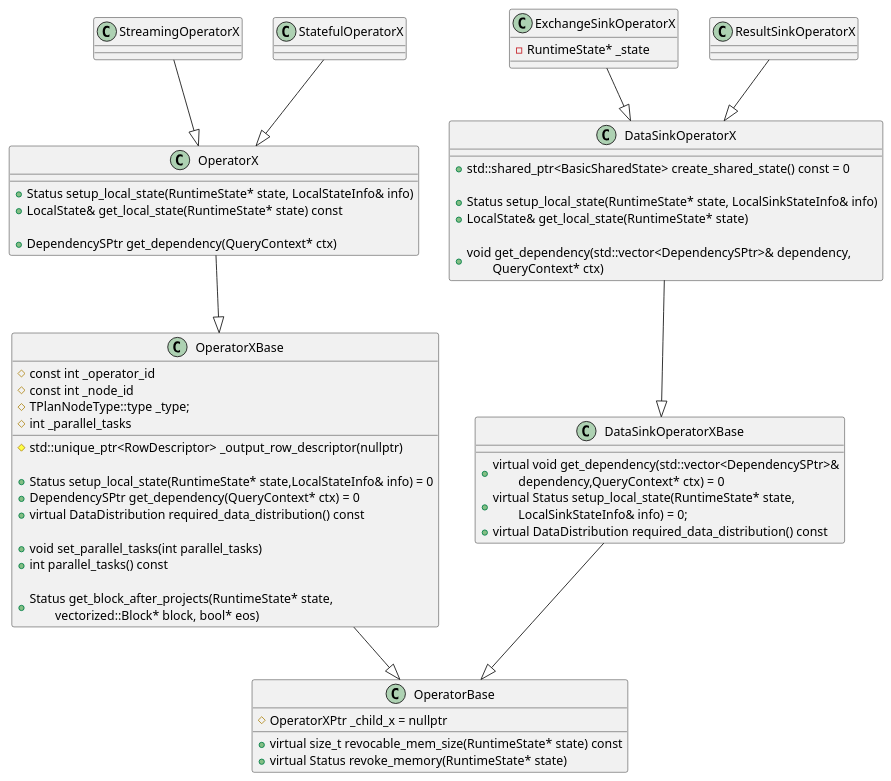
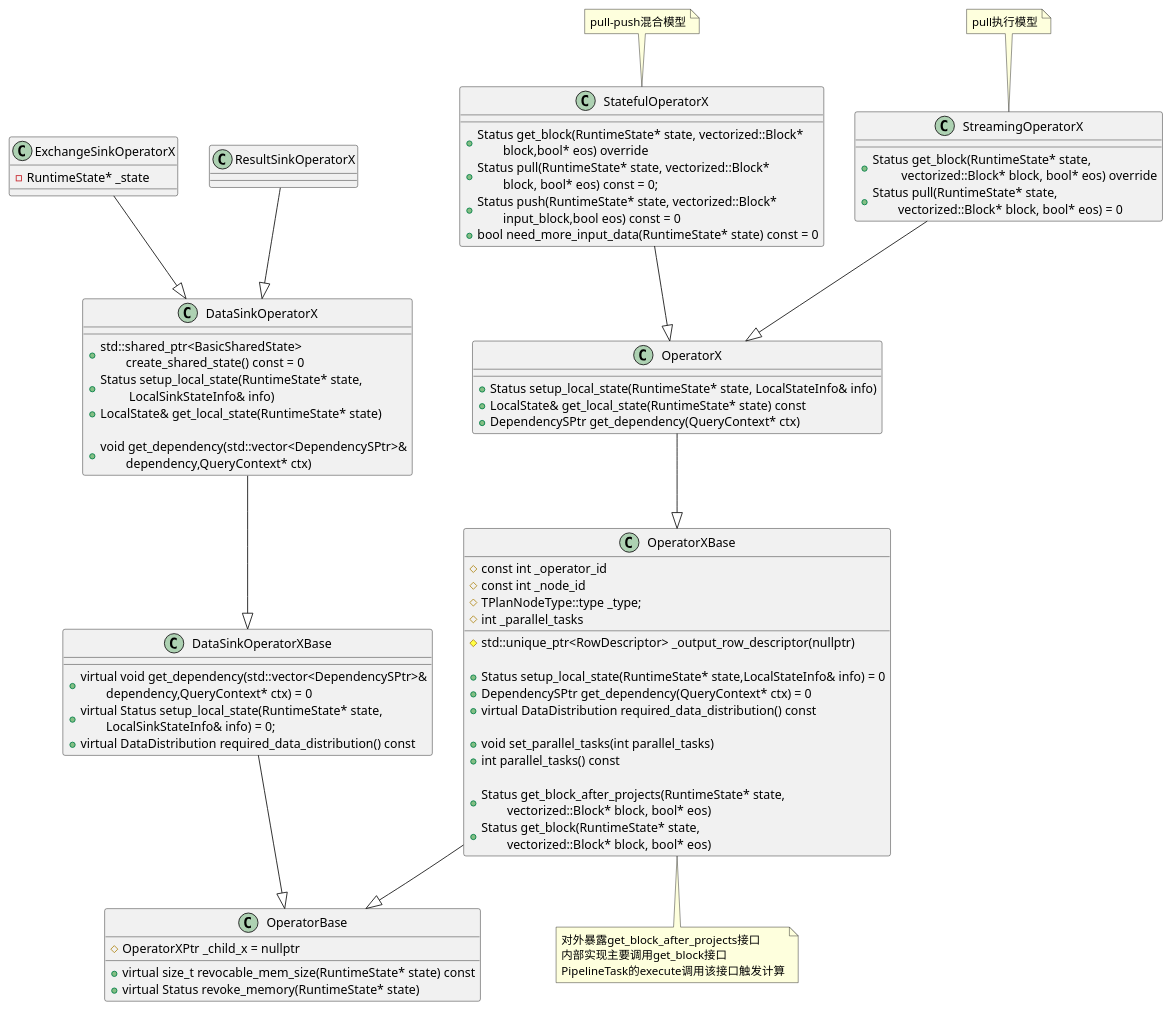
The second of 8 diagrams in doc/DB/Doris/SourceRead/13_04_Exec_OperatorX.md (DepInjoy/geektime), drawn with PlantUML before and after one commit. The commit also changed other lines of this file and 1 other file, not shown here.

````diff
--- a/doc/DB/Doris/SourceRead/13_04_Exec_OperatorX.md
+++ b/doc/DB/Doris/SourceRead/13_04_Exec_OperatorX.md
@@ -6,72 +15,78 @@
 ```plantuml
 @startuml
 class StreamingOperatorX {
-
+    + Status get_block(RuntimeState* state,\n\t vectorized::Block* block, bool* eos) override
+    + Status pull(RuntimeState* state,\n\tvectorized::Block* block, bool* eos) = 0
 }
+note top : pull执行模型
 
 class StatefulOperatorX {
-
+    + Status get_block(RuntimeState* state, vectorized::Block*\n\tblock,bool* eos) override
+    + Status pull(RuntimeState* state, vectorized::Block*\n\tblock, bool* eos) const = 0;
+    + Status push(RuntimeState* state, vectorized::Block*\n\tinput_block,bool eos) const = 0
+    + bool need_more_input_data(RuntimeState* state) const = 0
 }
+note top : pull-push混合模型 
 
 class OperatorX {
     + Status setup_local_state(RuntimeState* state, LocalStateInfo& info)
     + LocalState& get_local_state(RuntimeState* state) const
-
     + DependencySPtr get_dependency(QueryContext* ctx)
 }
 
 class OperatorXBase {
     # const int _operator_id
     # const int _node_id
     # TPlanNodeType::type _type;
     # int _parallel_tasks
     # std::unique_ptr<RowDescriptor> _output_row_descriptor(nullptr)
 
     + Status setup_local_state(RuntimeState* state,LocalStateInfo& info) = 0
     + DependencySPtr get_dependency(QueryContext* ctx) = 0
     + virtual DataDistribution required_data_distribution() const
 
     + void set_parallel_tasks(int parallel_tasks)
     + int parallel_tasks() const
 
     + Status get_block_after_projects(RuntimeState* state,\n\tvectorized::Block* block, bool* eos)
+    + Status get_block(RuntimeState* state,\n\tvectorized::Block* block, bool* eos)
 }
+note bottom : 对外暴露get_block_after_projects接口\n内部实现主要调用get_block接口\nPipelineTask的execute调用该接口触发计算
 
 class OperatorBase {
     # OperatorXPtr _child_x = nullptr
 
     + virtual size_t revocable_mem_size(RuntimeState* state) const
     + virtual Status revoke_memory(RuntimeState* state)
 }
 
 class ExchangeSinkOperatorX {
     - RuntimeState* _state
 }
 
 class DataSinkOperatorX {
-    + std::shared_ptr<BasicSharedState> create_shared_state() const = 0
-
-    + Status setup_local_state(RuntimeState* state, LocalSinkStateInfo& info)
+    + std::shared_ptr<BasicSharedState>\n\tcreate_shared_state() const = 0
+    + Status setup_local_state(RuntimeState* state,\n\t LocalSinkStateInfo& info)
     + LocalState& get_local_state(RuntimeState* state)
 
-    + void get_dependency(std::vector<DependencySPtr>& dependency,\n\tQueryContext* ctx)
+    + void get_dependency(std::vector<DependencySPtr>&\n\tdependency,QueryContext* ctx)
 }
 
 class DataSinkOperatorXBase {
     + virtual void get_dependency(std::vector<DependencySPtr>&\n\tdependency,QueryContext* ctx) = 0
     + virtual Status setup_local_state(RuntimeState* state,\n\tLocalSinkStateInfo& info) = 0;
     + virtual DataDistribution required_data_distribution() const
 }
 
 StreamingOperatorX -down-|> OperatorX
 StatefulOperatorX -down-|> OperatorX
 
 OperatorX -down-|> OperatorXBase
 OperatorXBase -down-|> OperatorBase
 
 DataSinkOperatorXBase -down-|> OperatorBase
 DataSinkOperatorX -down-|> DataSinkOperatorXBase
 ExchangeSinkOperatorX -down-|> DataSinkOperatorX
 ResultSinkOperatorX -down-|> DataSinkOperatorX
 @enduml
 ```
````
